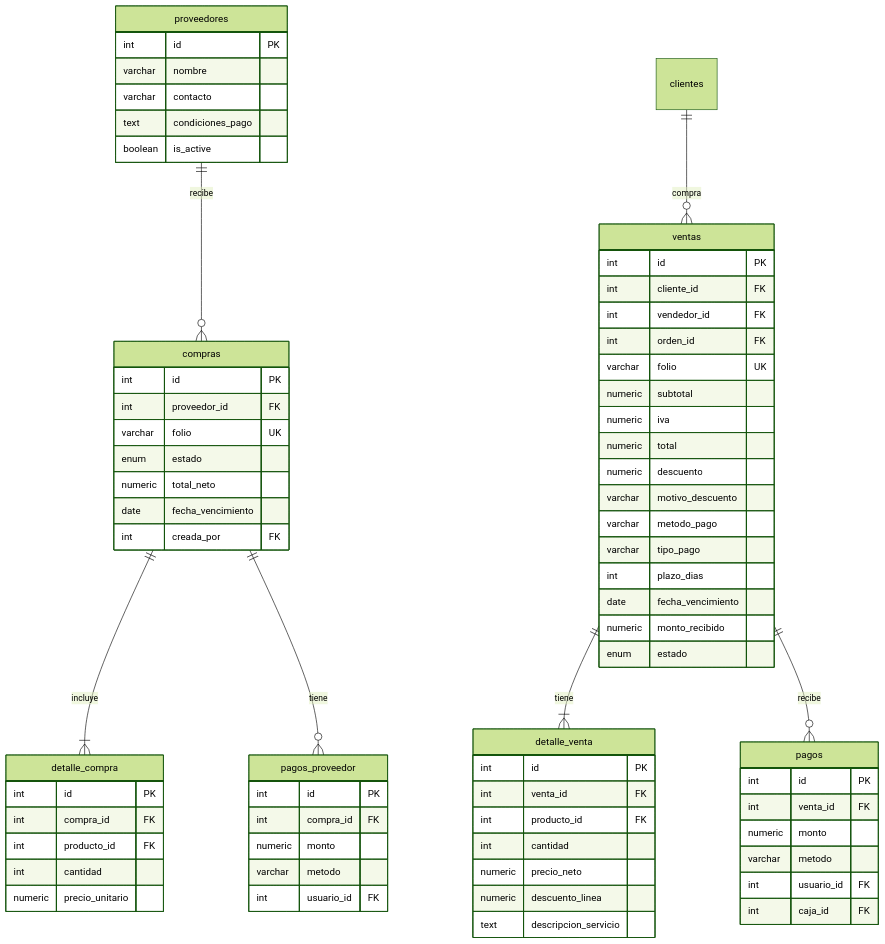
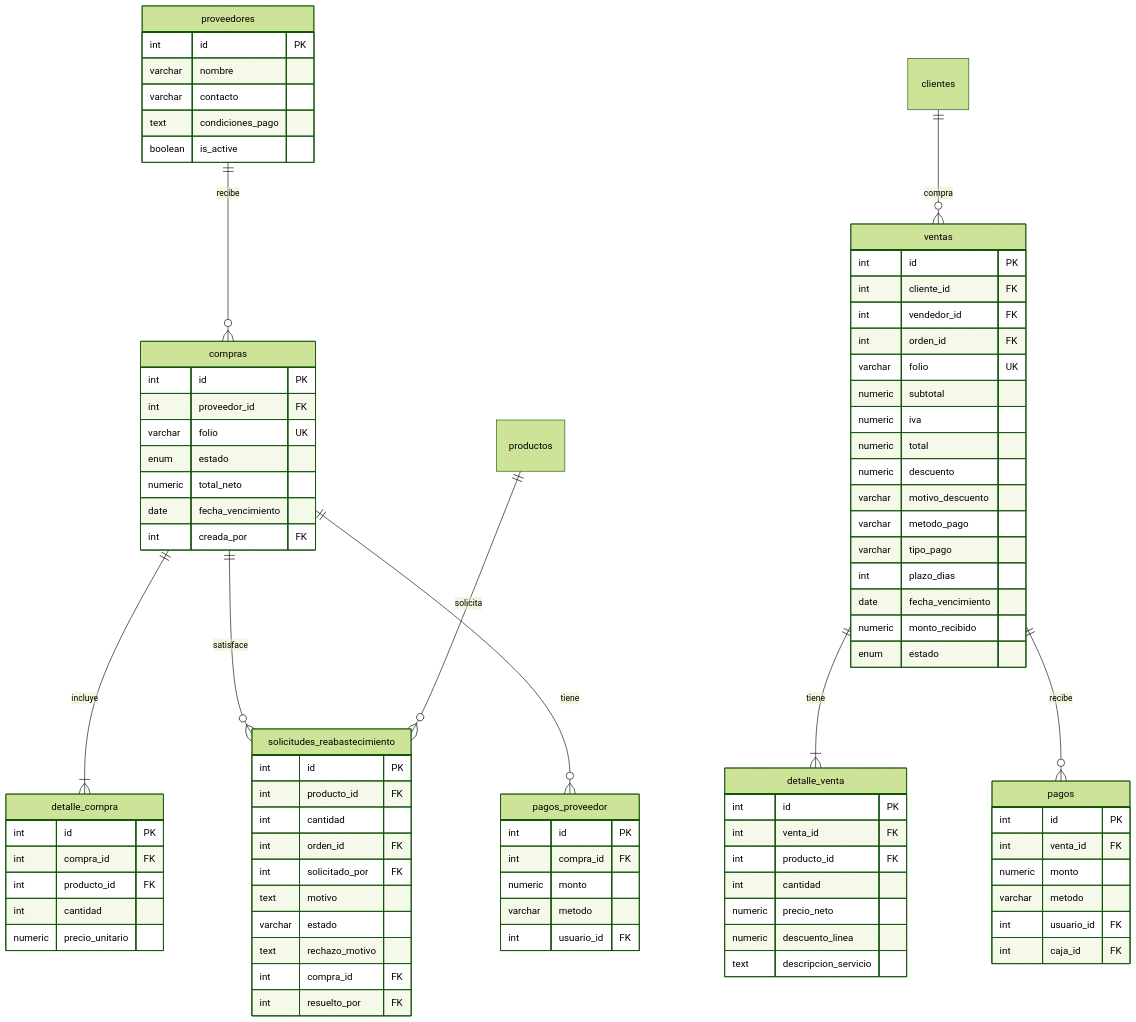
The fourth of 5 diagrams in docs/05-data-model.md (Magh97/techfix-product), drawn with Mermaid (forest theme) before and after one commit. The commit also changed other lines of this file and 3 other files, not shown here.

````diff
--- a/docs/05-data-model.md
+++ b/docs/05-data-model.md
@@ -212,6 +243,18 @@
         int cantidad
         numeric precio_unitario
     }
+    solicitudes_reabastecimiento {
+        int id PK
+        int producto_id FK
+        int cantidad
+        int orden_id FK
+        int solicitado_por FK
+        text motivo
+        varchar estado
+        text rechazo_motivo
+        int compra_id FK
+        int resuelto_por FK
+    }
     pagos_proveedor {
         int id PK
         int compra_id FK
@@ -224,5 +267,7 @@
     ventas ||--o{ pagos : recibe
     proveedores ||--o{ compras : recibe
     compras ||--|{ detalle_compra : incluye
+    compras ||--o{ solicitudes_reabastecimiento : satisface
+    productos ||--o{ solicitudes_reabastecimiento : solicita
     compras ||--o{ pagos_proveedor : tiene
 ```
````
